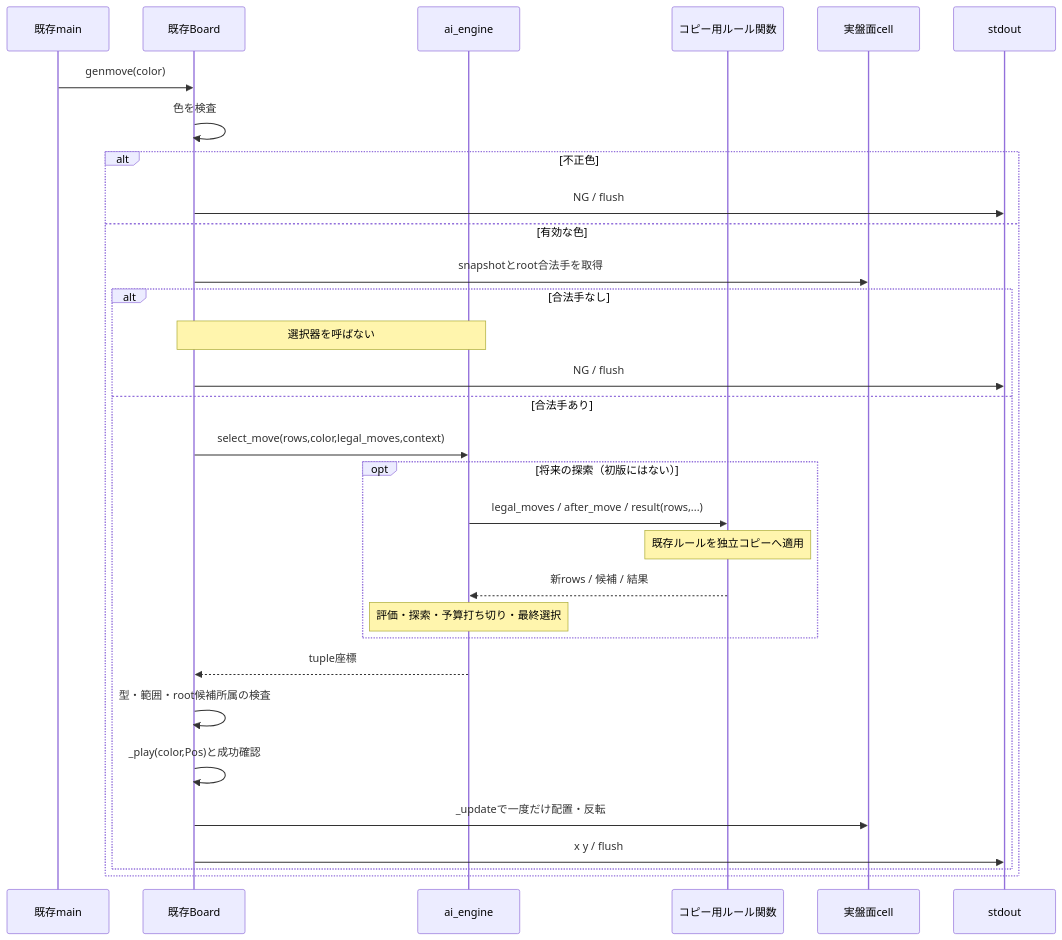
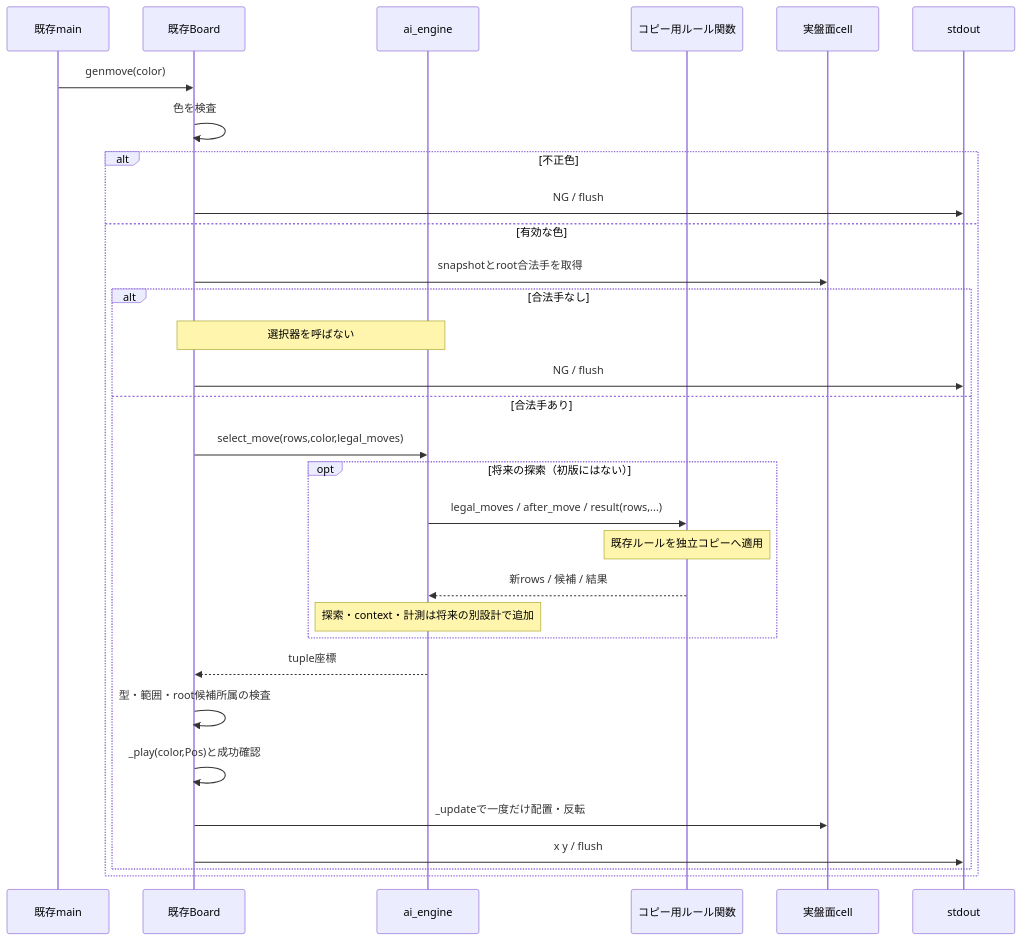
The sixth of 6 diagrams in docs/リバーシAI分離設計.md (nonnhjleno/reversi-ai), drawn with Mermaid before and after one commit. The commit also changed other lines of this file and 21 other files, not shown here.

````diff
--- a/docs/リバーシAI分離設計.md
+++ b/docs/リバーシAI分離設計.md
@@ -308,33 +312,33 @@
 ```mermaid
 sequenceDiagram
     participant Main as 既存main
     participant Board as 既存Board
     participant Engine as ai_engine
     participant Rules as コピー用ルール関数
     participant Cell as 実盤面cell
     participant Out as stdout
     Main->>Board: genmove(color)
     Board->>Board: 色を検査
     alt 不正色
         Board->>Out: NG / flush
     else 有効な色
         Board->>Cell: snapshotとroot合法手を取得
         alt 合法手なし
             Note over Board,Engine: 選択器を呼ばない
             Board->>Out: NG / flush
         else 合法手あり
-            Board->>Engine: select_move(rows,color,legal_moves,context)
+            Board->>Engine: select_move(rows,color,legal_moves)
             opt 将来の探索（初版にはない）
                 Engine->>Rules: legal_moves / after_move / result(rows,...)
                 Note over Rules: 既存ルールを独立コピーへ適用
                 Rules-->>Engine: 新rows / 候補 / 結果
-                Note over Engine: 評価・探索・予算打ち切り・最終選択
+                Note over Engine: 探索・context・計測は将来の別設計で追加
             end
             Engine-->>Board: tuple座標
             Board->>Board: 型・範囲・root候補所属の検査
             Board->>Board: _play(color,Pos)と成功確認
             Board->>Cell: _updateで一度だけ配置・反転
             Board->>Out: x y / flush
         end
     end
 ```
````
